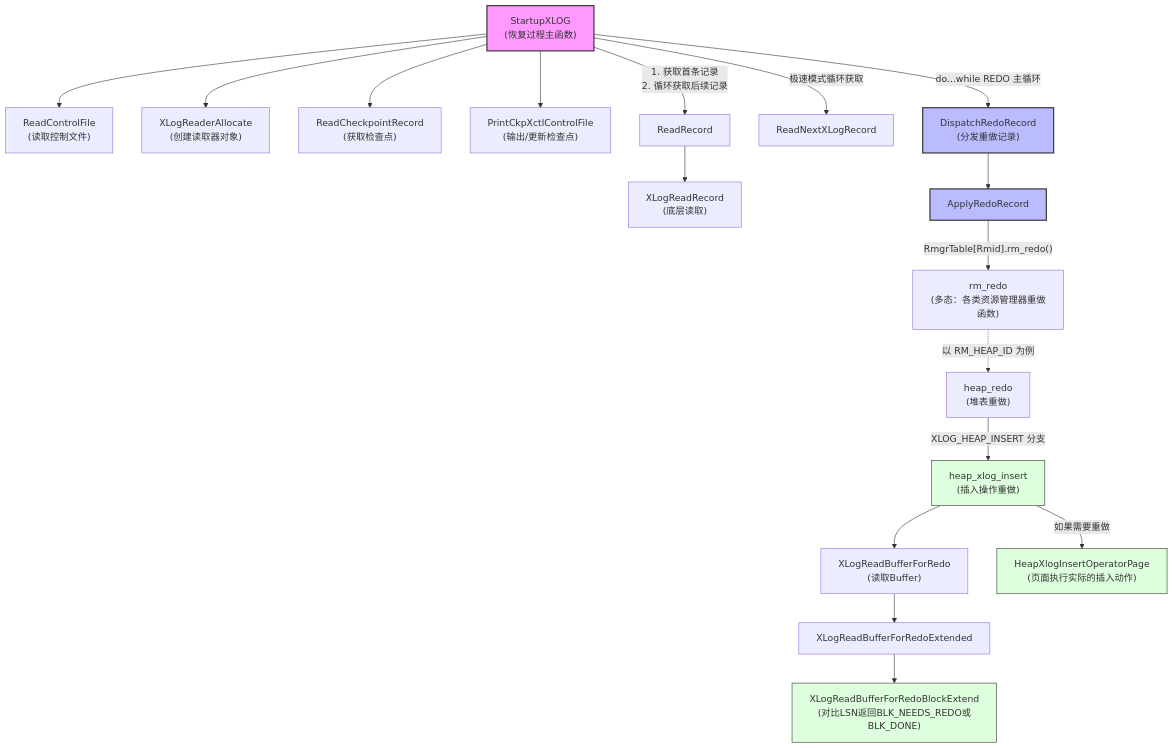
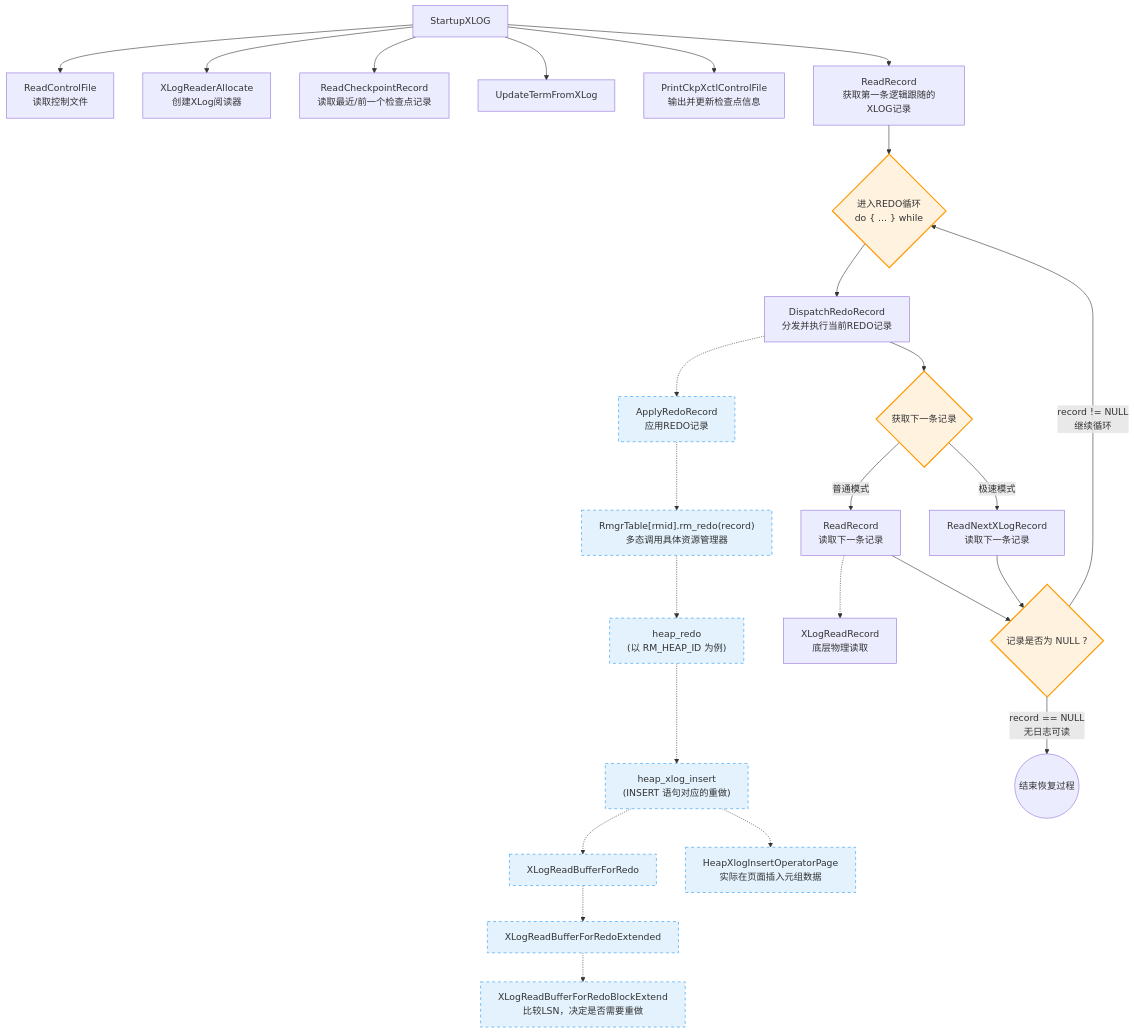
One commit to Johnson1662/johnson-obsidian-notes changed the diagram in content/知识库/数据库系统/课后习题.md. Above: the diagram before and after it, drawn with Mermaid.

Commit message:
vault backup: 2026-05-03 16:39:15

````diff
--- a/content/知识库/数据库系统/课后习题.md
+++ b/content/知识库/数据库系统/课后习题.md
@@ -299,43 +299,50 @@
 ```mermaid
 graph TD
-    %% 核心入口
-    StartupXLOG["StartupXLOG<br/>(恢复过程主函数)"]
+    %% 阶段1：启动与初始化
+    S[StartupXLOG] --> ReadControlFile[ReadControlFile<br/>读取控制文件]
+    S --> XLogReaderAllocate[XLogReaderAllocate<br/>创建XLog阅读器]
+    S --> ReadCheckpointRecord[ReadCheckpointRecord<br/>读取最近/前一个检查点记录]
+    S --> UpdateTermFromXLog[UpdateTermFromXLog]
+    S --> PrintCkpXctlControlFile[PrintCkpXctlControlFile<br/>输出并更新检查点信息]
+    
+    %% 阶段2：获取首条记录
+    S --> FirstRead[ReadRecord<br/>获取第一条逻辑跟随的XLOG记录]
+    
+    %% 阶段3：REDO主循环
+    FirstRead --> LoopStart{"进入REDO循环<br/>do { ... } while"}
+    
+    LoopStart --> DispatchRedoRecord[DispatchRedoRecord<br/>分发并执行当前REDO记录]
+    
+    %% 下方为 DispatchRedoRecord 的纵向深入调用栈 (Call Stack)
+    DispatchRedoRecord -.-> ApplyRedoRecord[ApplyRedoRecord<br/>应用REDO记录]
+    ApplyRedoRecord -.-> RmgrCall["RmgrTable[rmid].rm_redo(record)<br/>多态调用具体资源管理器"]
+    RmgrCall -.-> HeapRedo["heap_redo<br/>(以 RM_HEAP_ID 为例)"]
+    HeapRedo -.-> HeapXlogInsert["heap_xlog_insert<br/>(INSERT 语句对应的重做)"]
+    
+    HeapXlogInsert -.-> XLogReadBufferForRedo[XLogReadBufferForRedo]
+    XLogReadBufferForRedo -.-> XLogReadBufferForRedoExtended[XLogReadBufferForRedoExtended]
+    XLogReadBufferForRedoExtended -.-> XLogReadBufferForRedoBlockExtend[XLogReadBufferForRedoBlockExtend<br/>比较LSN，决定是否需要重做]
+    
+    HeapXlogInsert -.-> HeapXlogInsertOperatorPage[HeapXlogInsertOperatorPage<br/>实际在页面插入元组数据]
+    
+    %% 阶段4：读取下一条记录并判断
+    DispatchRedoRecord --> FetchNext{"获取下一条记录"}
+    FetchNext -->|普通模式| ReadRecord[ReadRecord<br/>读取下一条记录]
+    FetchNext -->|极速模式| ReadNextXLogRecord[ReadNextXLogRecord<br/>读取下一条记录]
+    
+    ReadRecord -.-> XLogReadRecord[XLogReadRecord<br/>底层物理读取]
+    
+    ReadRecord --> LoopEnd
+    ReadNextXLogRecord --> LoopEnd
+    
+    LoopEnd{记录是否为 NULL ?}
+    LoopEnd -->|record != NULL <br/> 继续循环| LoopStart
+    LoopEnd -->|record == NULL <br/> 无日志可读| EndRecovery((结束恢复过程))
 
-    %% 前期准备阶段
-    StartupXLOG --> ReadControlFile["ReadControlFile<br/>(读取控制文件)"]
-    StartupXLOG --> XLogReaderAllocate["XLogReaderAllocate<br/>(创建读取器对象)"]
-    StartupXLOG --> ReadCheckpointRecord["ReadCheckpointRecord<br/>(获取检查点)"]
-    StartupXLOG --> PrintCkpXctlControlFile["PrintCkpXctlControlFile<br/>(输出/更新检查点)"]
-
-    %% 读取记录阶段
-    StartupXLOG -->|1. 获取首条记录<br/>2. 循环获取后续记录| ReadRecord["ReadRecord"]
-    ReadRecord --> XLogReadRecord["XLogReadRecord<br/>(底层读取)"]
+    %% 设置节点样式（可选，让图更好看）
+    classDef loopBox fill:#fff3e0,stroke:#ff9800,stroke-width:2px;
+    classDef callStack fill:#e3f2fd,stroke:#2196f3,stroke-width:1px,stroke-dasharray: 5 5;
     
-    StartupXLOG -->|极速模式循环获取| ReadNextXLogRecord["ReadNextXLogRecord"]
-
-    %% REDO 核心循环阶段
-    StartupXLOG -->|do...while REDO 主循环| DispatchRedoRecord["DispatchRedoRecord<br/>(分发重做记录)"]
-    
-    DispatchRedoRecord --> ApplyRedoRecord["ApplyRedoRecord"]
-    
-    ApplyRedoRecord -->|"RmgrTable[Rmid].rm_redo()"| rm_redo["rm_redo<br/>(多态：各类资源管理器重做函数)"]
-
-    %% 具体以 Heap Insert 为例的执行链
-    rm_redo -.->|以 RM_HEAP_ID 为例| heap_redo["heap_redo<br/>(堆表重做)"]
-    
-    heap_redo -->|XLOG_HEAP_INSERT 分支| heap_xlog_insert["heap_xlog_insert<br/>(插入操作重做)"]
-    
-    heap_xlog_insert --> XLogReadBufferForRedo["XLogReadBufferForRedo<br/>(读取Buffer)"]
-    XLogReadBufferForRedo --> XLogReadBufferForRedoExtended["XLogReadBufferForRedoExtended"]
-    XLogReadBufferForRedoExtended --> XLogReadBufferForRedoBlockExtend["XLogReadBufferForRedoBlockExtend<br/>(对比LSN返回BLK_NEEDS_REDO或BLK_DONE)"]
-    
-    heap_xlog_insert -->|如果需要重做| HeapXlogInsertOperatorPage["HeapXlogInsertOperatorPage<br/>(页面执行实际的插入动作)"]
-
-    %% 样式设置
-    classDef main fill:#f9f,stroke:#333,stroke-width:2px;
-    classDef loop fill:#bbf,stroke:#333,stroke-width:2px;
-    classDef detail fill:#dfd,stroke:#333,stroke-width:1px;
-    class StartupXLOG main;
-    class DispatchRedoRecord,ApplyRedoRecord loop;
-    class heap_xlog_insert,XLogReadBufferForRedoBlockExtend,HeapXlogInsertOperatorPage detail;
+    class LoopStart,LoopEnd,FetchNext loopBox;
+    class ApplyRedoRecord,RmgrCall,HeapRedo,HeapXlogInsert,XLogReadBufferForRedo,XLogReadBufferForRedoExtended,XLogReadBufferForRedoBlockExtend,HeapXlogInsertOperatorPage callStack;
 ```
````
